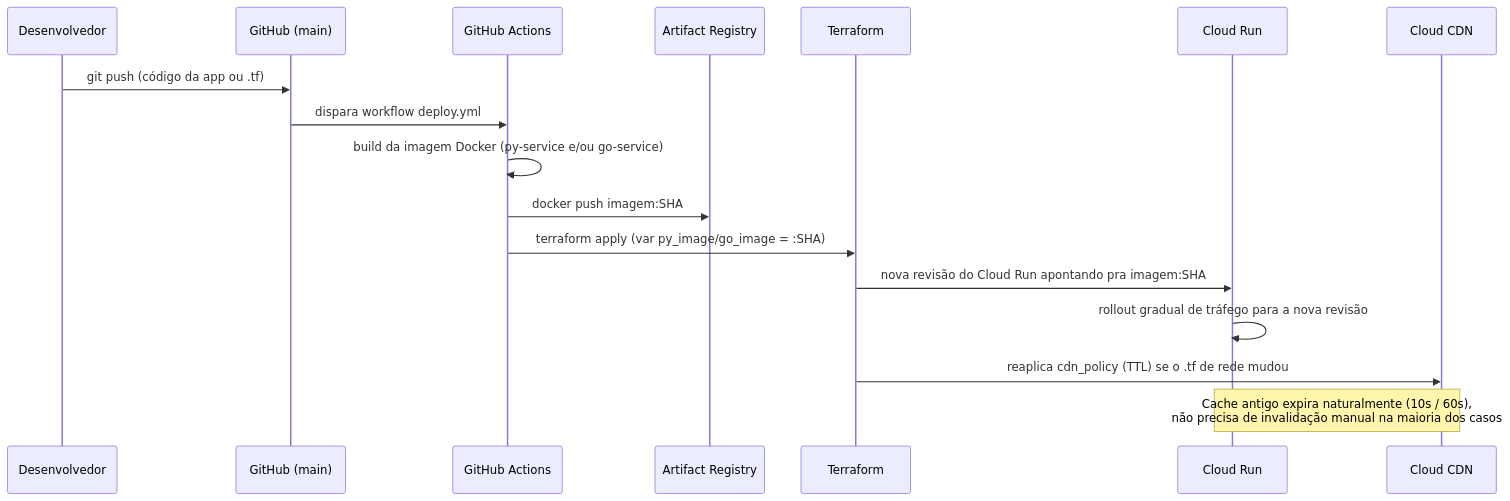
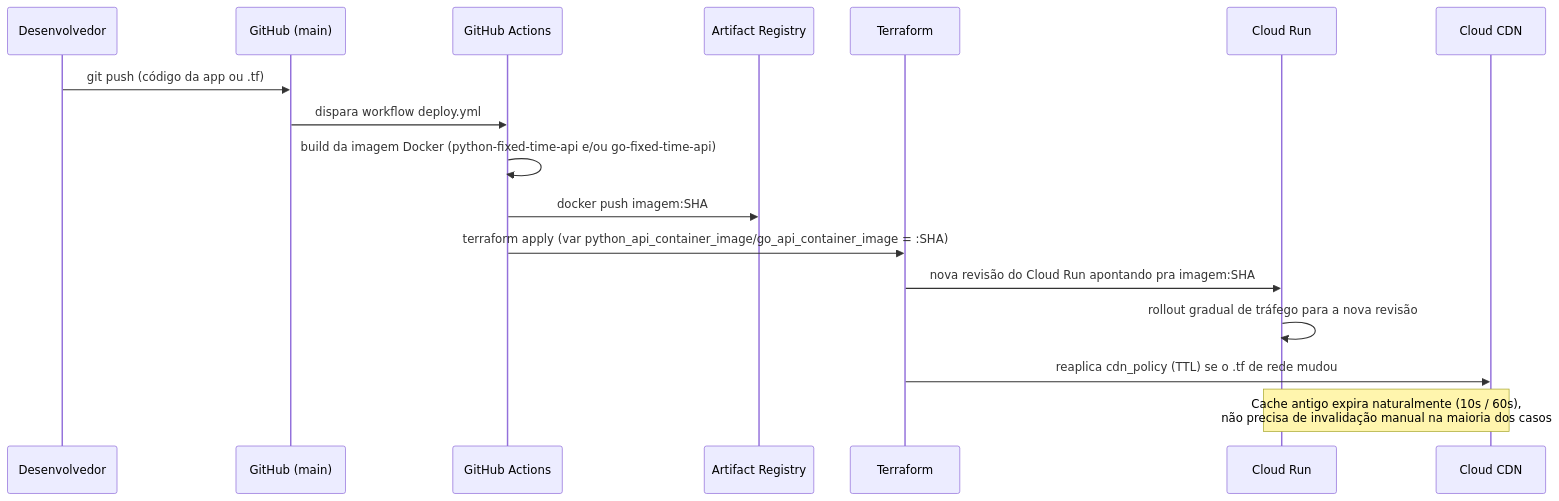
One commit to Soulmatchapp/desafio-devops-globo-2026 changed the diagram in diagrams/update-flow.md. Above: the diagram before and after it, drawn with Mermaid. The commit also changed other lines of this file and 23 other files, not shown here.

````diff
--- a/diagrams/update-flow.md
+++ b/diagrams/update-flow.md
@@ -5,20 +5,20 @@
 ```mermaid
 sequenceDiagram
     participant Dev as Desenvolvedor
     participant GH as GitHub (main)
     participant GHA as GitHub Actions
     participant AR as Artifact Registry
     participant TF as Terraform
     participant CR as Cloud Run
     participant CDN as Cloud CDN
 
     Dev->>GH: git push (código da app ou .tf)
     GH->>GHA: dispara workflow deploy.yml
-    GHA->>GHA: build da imagem Docker (py-service e/ou go-service)
+    GHA->>GHA: build da imagem Docker (python-fixed-time-api e/ou go-fixed-time-api)
     GHA->>AR: docker push imagem:SHA
-    GHA->>TF: terraform apply (var py_image/go_image = :SHA)
+    GHA->>TF: terraform apply (var python_api_container_image/go_api_container_image = :SHA)
     TF->>CR: nova revisão do Cloud Run apontando pra imagem:SHA
     CR->>CR: rollout gradual de tráfego para a nova revisão
     TF->>CDN: reaplica cdn_policy (TTL) se o .tf de rede mudou
     Note over CR,CDN: Cache antigo expira naturalmente (10s / 60s),<br/>não precisa de invalidação manual na maioria dos casos
 ```
````
